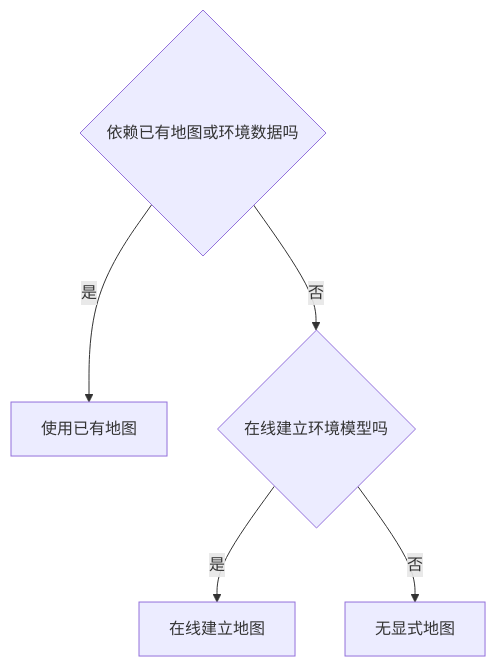
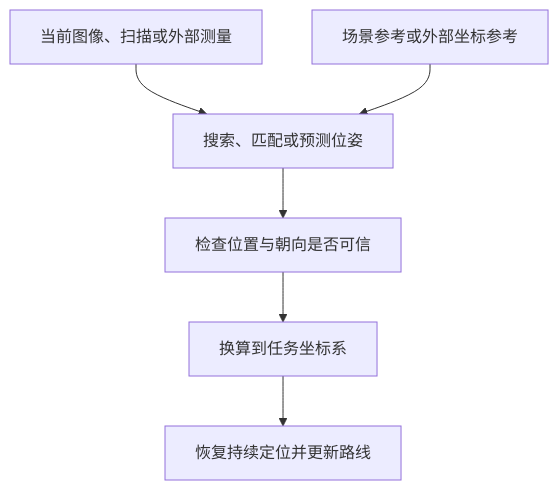
One commit to EnosElinsa/wheeltec-ros-textbook changed the first of 3 diagrams in docs/06-sensors-navigation/33-relocalization-map-dependence.md. Above: the diagram before and after it, drawn with Mermaid. The commit also changed other lines of this file and 4 other files, not shown here.

````diff
--- a/docs/06-sensors-navigation/33-relocalization-map-dependence.md
+++ b/docs/06-sensors-navigation/33-relocalization-map-dependence.md
@@ -55,7 +49,8 @@
 ```mermaid
 flowchart TD
-    A{依赖已有地图或环境数据吗} -->|是| B[使用已有地图]
-    A -->|否| C{在线建立环境模型吗}
-    C -->|是| D[在线建立地图]
-    C -->|否| E[无显式地图]
+    A[当前图像、扫描或外部测量] --> B[搜索、匹配或预测位姿]
+    R[场景参考或外部坐标参考] --> B
+    B --> C[检查位置与朝向是否可信]
+    C --> D[换算到任务坐标系]
+    D --> E[恢复持续定位并更新路线]
 ```
````
